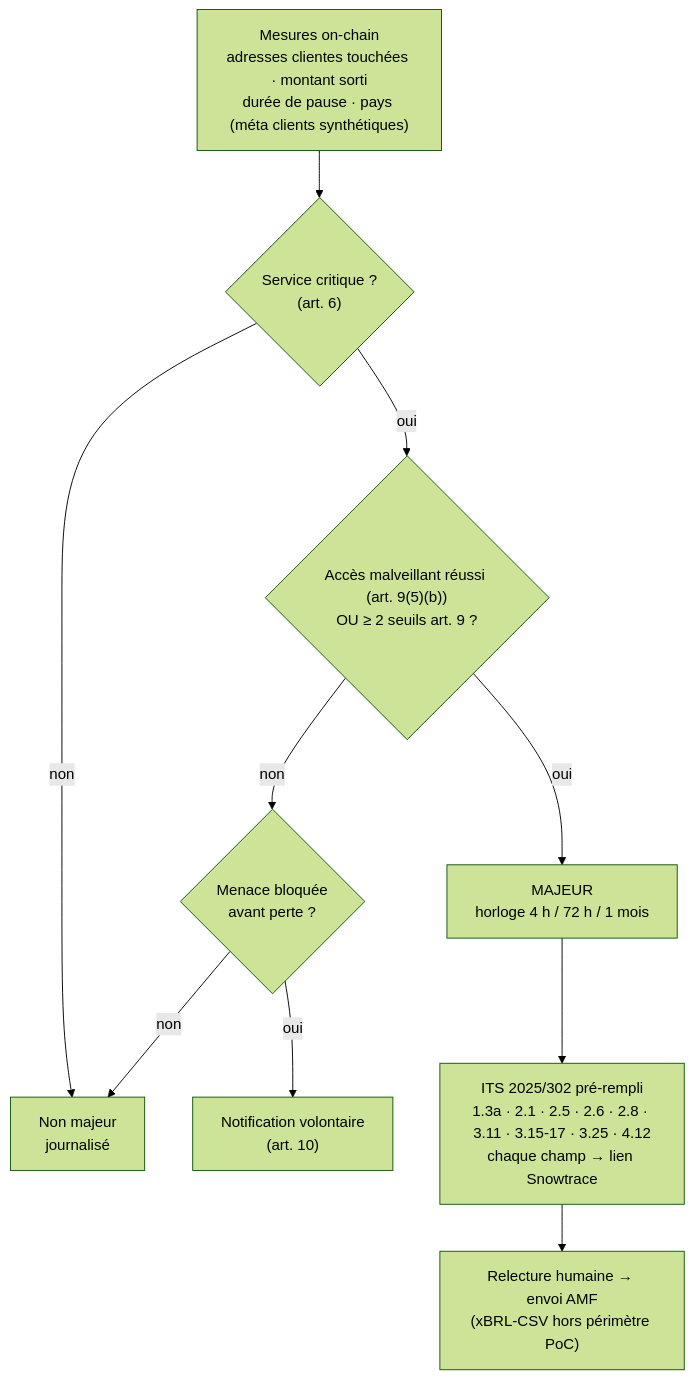
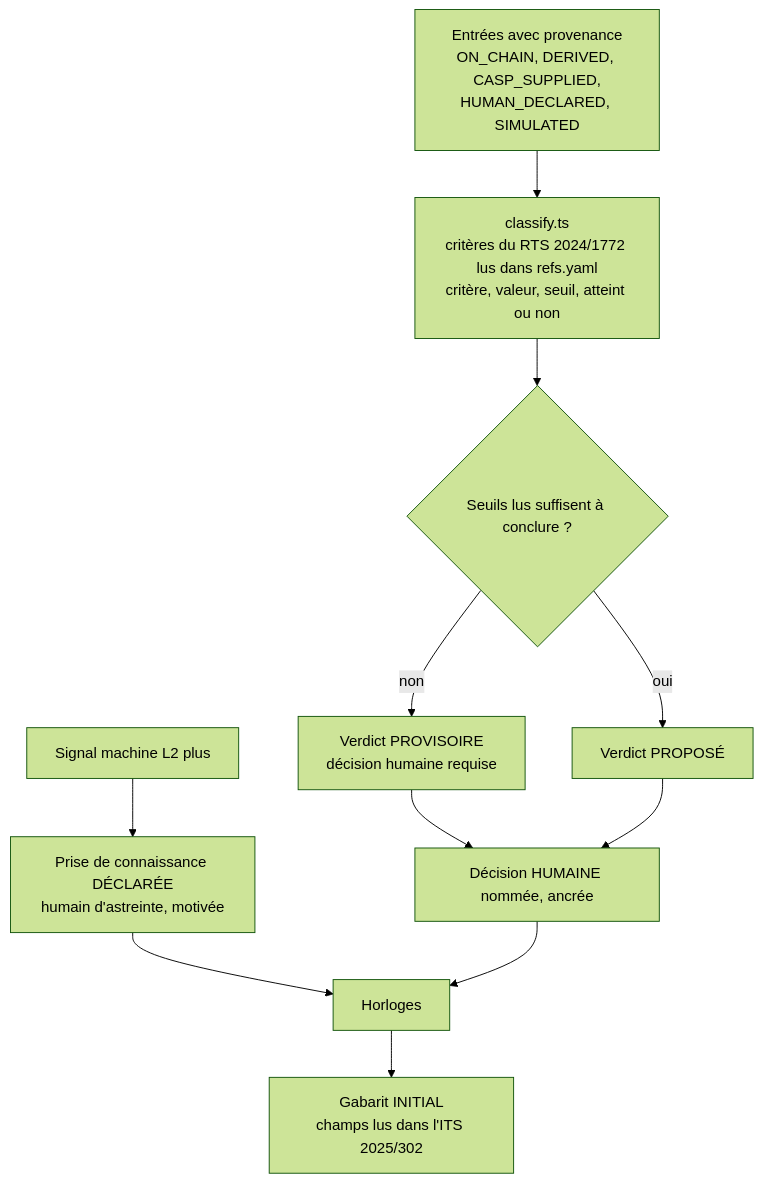
One commit to adembnn/secure-horizon changed the seventh of 8 diagrams in docs/architecture.md. Above: the diagram before and after it, drawn with Mermaid (forest theme). The commit also changed other lines of this file and 4 other files, not shown here.

Commit message:
research: jury loop rounds 1-3, synthesis, architecture from loop

````diff
--- a/docs/architecture.md
+++ b/docs/architecture.md
@@ -91,12 +355,12 @@
 ```mermaid
 flowchart TB
-  M["Mesures on-chain<br/>adresses clientes touchées · montant sorti<br/>durée de pause · pays (méta clients synthétiques)"] --> C{"Service critique ?<br/>(art. 6)"}
-  C -- non --> N["Non majeur<br/>journalisé"]
-  C -- oui --> K{"Accès malveillant réussi (art. 9(5)(b))<br/>OU ≥ 2 seuils art. 9 ?"}
-  K -- oui --> MAJ["MAJEUR<br/>horloge 4 h / 72 h / 1 mois"]
-  K -- non --> TH{"Menace bloquée<br/>avant perte ?"}
-  TH -- oui --> V10["Notification volontaire<br/>(art. 10)"]
-  TH -- non --> N
-  MAJ --> F["ITS 2025/302 pré-rempli<br/>1.3a · 2.1 · 2.5 · 2.6 · 2.8 · 3.11 · 3.15-17 · 3.25 · 4.12<br/>chaque champ → lien Snowtrace"]
-  F --> H["Relecture humaine → envoi AMF<br/>(xBRL-CSV hors périmètre PoC)"]
+  IN["Entrées avec provenance<br/>ON_CHAIN, DERIVED, CASP_SUPPLIED,<br/>HUMAN_DECLARED, SIMULATED"] --> CRI["classify.ts<br/>critères du RTS 2024/1772 lus dans refs.yaml<br/>critère, valeur, seuil, atteint ou non"]
+  CRI --> MISS{"Seuils lus suffisent à conclure ?"}
+  MISS -- non --> PROV["Verdict PROVISOIRE<br/>décision humaine requise"]
+  MISS -- oui --> PROP["Verdict PROPOSÉ"]
+  PROV & PROP --> HUM["Décision HUMAINE nommée, ancrée"]
+  SIG["Signal machine L2 plus"] --> ACK["Prise de connaissance DÉCLARÉE<br/>humain d'astreinte, motivée"]
+  ACK --> CLK["Horloges"]
+  HUM --> CLK
+  CLK --> TPL["Gabarit INITIAL<br/>champs lus dans l'ITS 2025/302"]
 ```
````
